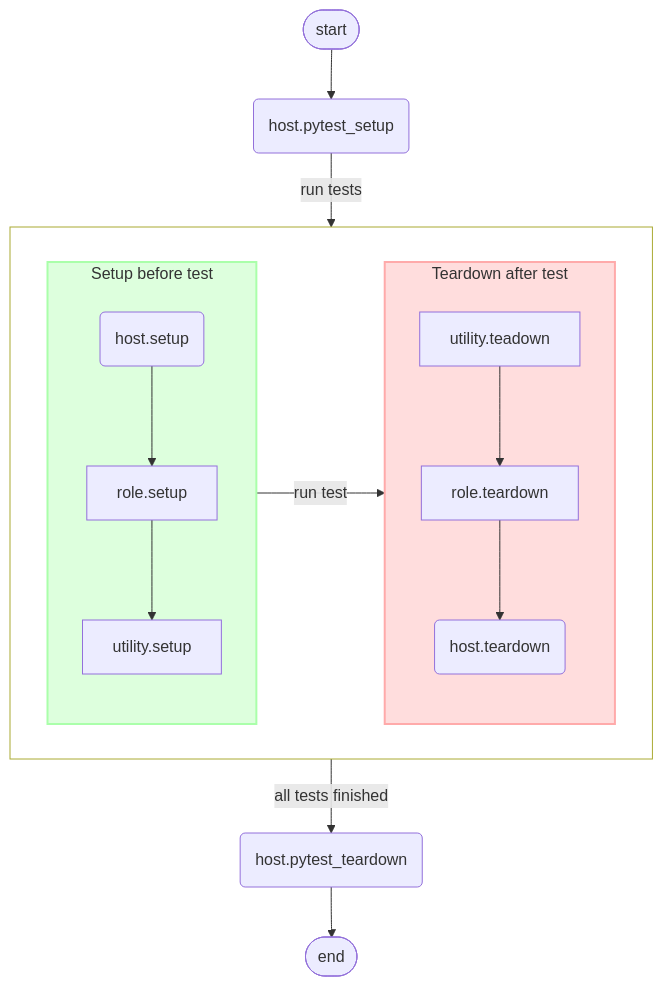
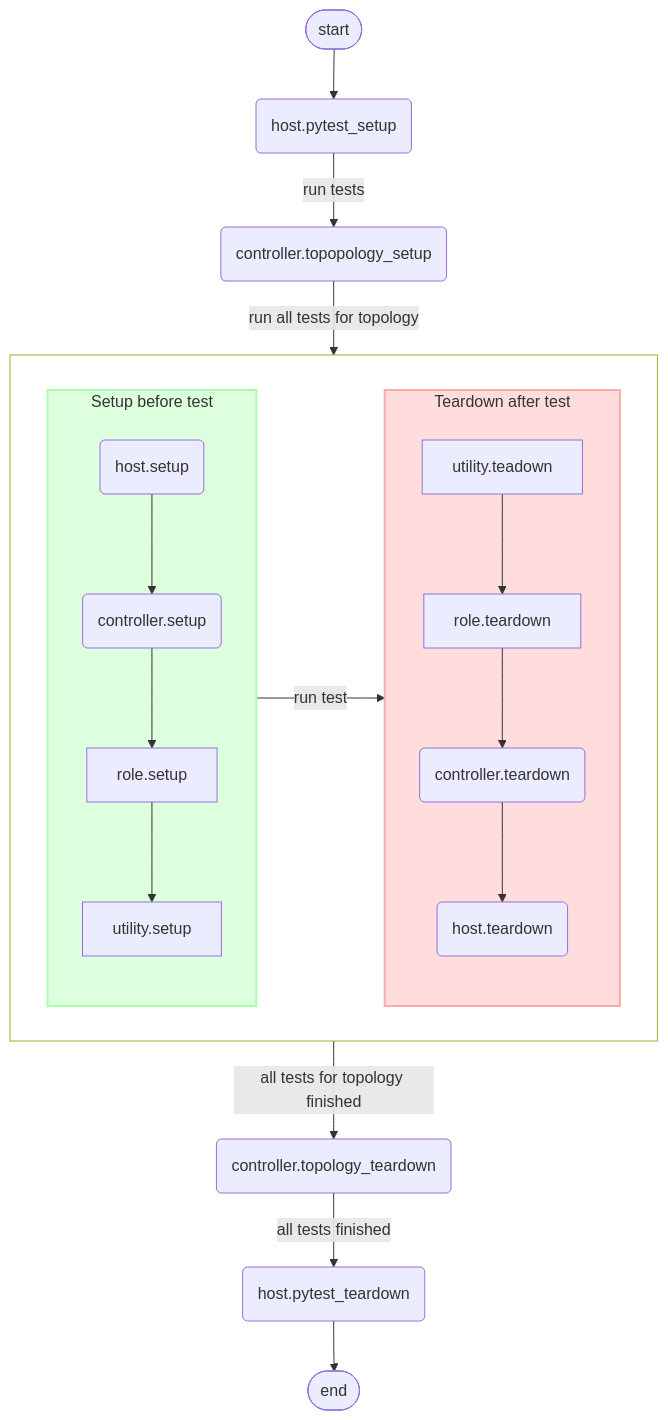
The second of 2 diagrams in docs/classes.rst (next-actions/pytest-mh), drawn with Mermaid before and after one commit. The commit also changed other lines of this file and 7 other files, not shown here.

First line of the commit message:
topology: add topology controller

```diff
--- a/docs/classes.rst
+++ b/docs/classes.rst
@@ -221,28 +313,29 @@
 .. mermaid::
     :caption: Setup and teardown
     :align: center
 
     graph TD
         s([start]) --> hps(host.pytest_setup)
 
         subgraph run [ ]
             subgraph setup [Setup before test]
-                hs(host.setup) --> rs[role.setup]
+                hs(host.setup) --> cs(controller.setup) --> rs[role.setup]
                 rs --> us[utility.setup]
             end
 
             setup -->|run test| teardown
 
             subgraph teardown [Teardown after test]
                 ut[utility.teadown] --> rt[role.teardown]
-                rt --> ht(host.teardown)
+                rt --> ct(controller.teardown)
+                ct --> ht(host.teardown)
             end
         end
 
-        hps -->|run tests| run
-        run -->|all tests finished| hpt(host.pytest_teardown)
+        hps -->|run tests| cts(controller.topopology_setup) -->|run all tests for topology| run
+        run -->|all tests for topology finished| ctt(controller.topology_teardown) -->|all tests finished| hpt(host.pytest_teardown)
         hpt --> e([end])
 
         style run fill:#FFF
         style setup fill:#DFD,stroke-width:2px,stroke:#AFA
         style teardown fill:#FDD,stroke-width:2px,stroke:#FAA
```
